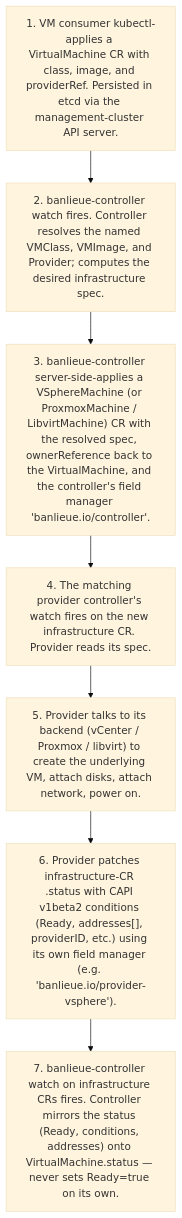
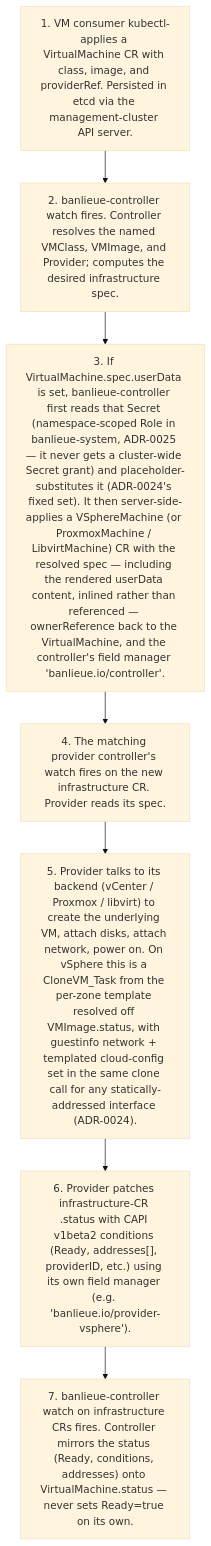
One commit to firestoned/banlieue changed the first of 8 diagrams in docs/src/architecture/flows.md. Above: the diagram before and after it, drawn with Mermaid (base theme). The commit also changed other lines of this file and 120 other files, not shown here.

````diff
--- a/docs/src/architecture/flows.md
+++ b/docs/src/architecture/flows.md
@@ -29,11 +29,11 @@
 ```mermaid
 flowchart TD
     t1["1. VM consumer kubectl-applies a VirtualMachine CR with class, image, and providerRef. Persisted in etcd via the management-cluster API server."]
     t2["2. banlieue-controller watch fires. Controller resolves the named VMClass, VMImage, and Provider; computes the desired infrastructure spec."]
-    t3["3. banlieue-controller server-side-applies a VSphereMachine (or ProxmoxMachine / LibvirtMachine) CR with the resolved spec, ownerReference back to the VirtualMachine, and the controller's field manager 'banlieue.io/controller'."]
+    t3["3. If VirtualMachine.spec.userData is set, banlieue-controller first reads that Secret (namespace-scoped Role in banlieue-system, ADR-0025 — it never gets a cluster-wide Secret grant) and placeholder-substitutes it (ADR-0024's fixed set). It then server-side-applies a VSphereMachine (or ProxmoxMachine / LibvirtMachine) CR with the resolved spec — including the rendered userData content, inlined rather than referenced — ownerReference back to the VirtualMachine, and the controller's field manager 'banlieue.io/controller'."]
     t4["4. The matching provider controller's watch fires on the new infrastructure CR. Provider reads its spec."]
-    t5["5. Provider talks to its backend (vCenter / Proxmox / libvirt) to create the underlying VM, attach disks, attach network, power on."]
+    t5["5. Provider talks to its backend (vCenter / Proxmox / libvirt) to create the underlying VM, attach disks, attach network, power on. On vSphere this is a CloneVM_Task from the per-zone template resolved off VMImage.status, with guestinfo network + templated cloud-config set in the same clone call for any statically-addressed interface (ADR-0024)."]
     t6["6. Provider patches infrastructure-CR .status with CAPI v1beta2 conditions (Ready, addresses[], providerID, etc.) using its own field manager (e.g. 'banlieue.io/provider-vsphere')."]
     t7["7. banlieue-controller watch on infrastructure CRs fires. Controller mirrors the status (Ready, conditions, addresses) onto VirtualMachine.status — never sets Ready=true on its own."]
     t1 --> t2 --> t3 --> t4 --> t5 --> t6 --> t7
 ```
````
